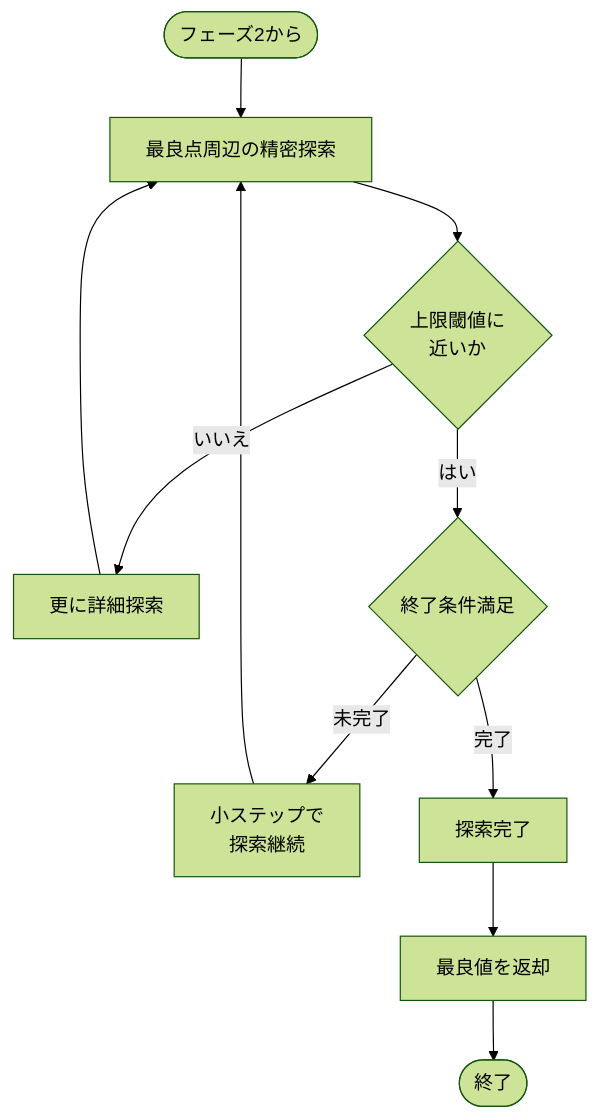
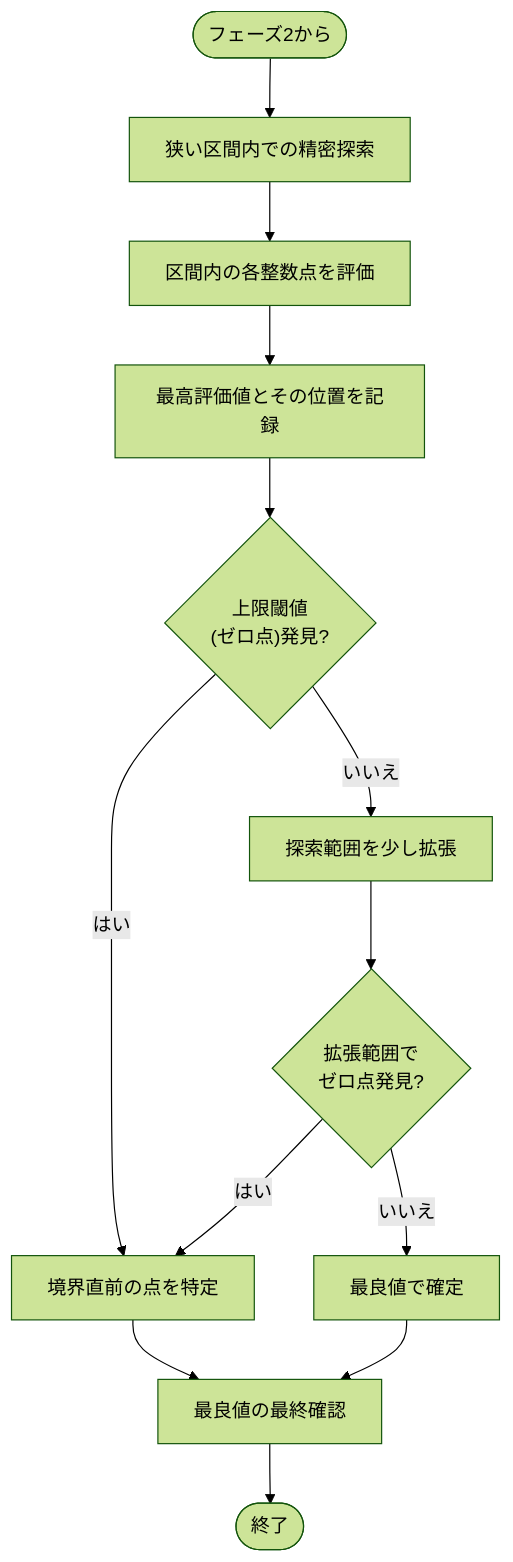
The first of 2 diagrams in diagram/optimization_algorithm/phase3.md (fathens/zaciraci), drawn with Mermaid (forest theme) before and after one commit. The commit also changed other lines of this file, not shown here.

````diff
--- a/diagram/optimization_algorithm/phase3.md
+++ b/diagram/optimization_algorithm/phase3.md
@@ -7,15 +7,15 @@
 ```mermaid
 graph TD
-    A(["フェーズ2から"]) --> B["最良点周辺の精密探索"]
-    B --> C{"上限閾値に<br/>近いか"}
-    C -->|"いいえ"| D["更に詳細探索"]
-    D --> B
-    
-    C -->|"はい"| E{"終了条件満足"}
-    E -->|"未完了"| F["小ステップで<br/>探索継続"]
-    F --> B
-    E -->|"完了"| G["探索完了"]
-    
-    G --> H["最良値を返却"]
-    H --> I(["終了"])
+    A(["フェーズ2から"]) --> B["狭い区間内での精密探索"]
+    B --> C["区間内の各整数点を評価"]
+    C --> D["最高評価値とその位置を記録"]
+    D --> E{"上限閾値<br/>(ゼロ点)発見?"}
+    E -->|"はい"| F["境界直前の点を特定"]
+    E -->|"いいえ"| G["探索範囲を少し拡張"]
+    G --> H{"拡張範囲で<br/>ゼロ点発見?"}
+    H -->|"はい"| F
+    H -->|"いいえ"| I["最良値で確定"]
+    F --> J["最良値の最終確認"]
+    I --> J
+    J --> K(["終了"])
 ```
````
